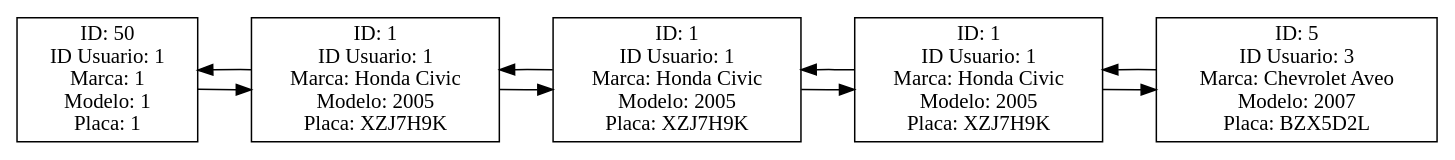
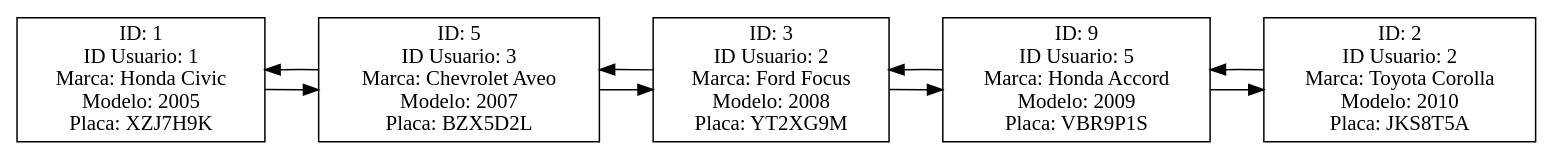
Before and after one commit to EstebanTrampe01/-EDD-1S2025_202300431: the diagram in FASE#2/AutoGest/reports/TopVehiculosAntiguos.dot, drawn with Graphviz. The commit also changed 57 other files, not shown here.

```diff
--- a/FASE#2/AutoGest/reports/TopVehiculosAntiguos.dot
+++ b/FASE#2/AutoGest/reports/TopVehiculosAntiguos.dot
@@ -1,18 +1,18 @@
 digraph G {
 rankdir=LR;
 node [shape=record];
 splines=false;
-node0 [label="ID: 50 \n ID Usuario: 1 \n Marca: 1 \n Modelo: 1 \n Placa: 1"];
+node0 [label="ID: 1 \n ID Usuario: 1 \n Marca: Honda Civic \n Modelo: 2005 \n Placa: XZJ7H9K"];
 node0 -> node1 [dir=forward];
 node0 -> node1 [dir=back];
-node1 [label="ID: 1 \n ID Usuario: 1 \n Marca: Honda Civic \n Modelo: 2005 \n Placa: XZJ7H9K"];
+node1 [label="ID: 5 \n ID Usuario: 3 \n Marca: Chevrolet Aveo \n Modelo: 2007 \n Placa: BZX5D2L"];
 node1 -> node2 [dir=forward];
 node1 -> node2 [dir=back];
-node2 [label="ID: 1 \n ID Usuario: 1 \n Marca: Honda Civic \n Modelo: 2005 \n Placa: XZJ7H9K"];
+node2 [label="ID: 3 \n ID Usuario: 2 \n Marca: Ford Focus \n Modelo: 2008 \n Placa: YT2XG9M"];
 node2 -> node3 [dir=forward];
 node2 -> node3 [dir=back];
-node3 [label="ID: 1 \n ID Usuario: 1 \n Marca: Honda Civic \n Modelo: 2005 \n Placa: XZJ7H9K"];
+node3 [label="ID: 9 \n ID Usuario: 5 \n Marca: Honda Accord \n Modelo: 2009 \n Placa: VBR9P1S"];
 node3 -> node4 [dir=forward];
 node3 -> node4 [dir=back];
-node4 [label="ID: 5 \n ID Usuario: 3 \n Marca: Chevrolet Aveo \n Modelo: 2007 \n Placa: BZX5D2L"];
+node4 [label="ID: 2 \n ID Usuario: 2 \n Marca: Toyota Corolla \n Modelo: 2010 \n Placa: JKS8T5A"];
 }
```
